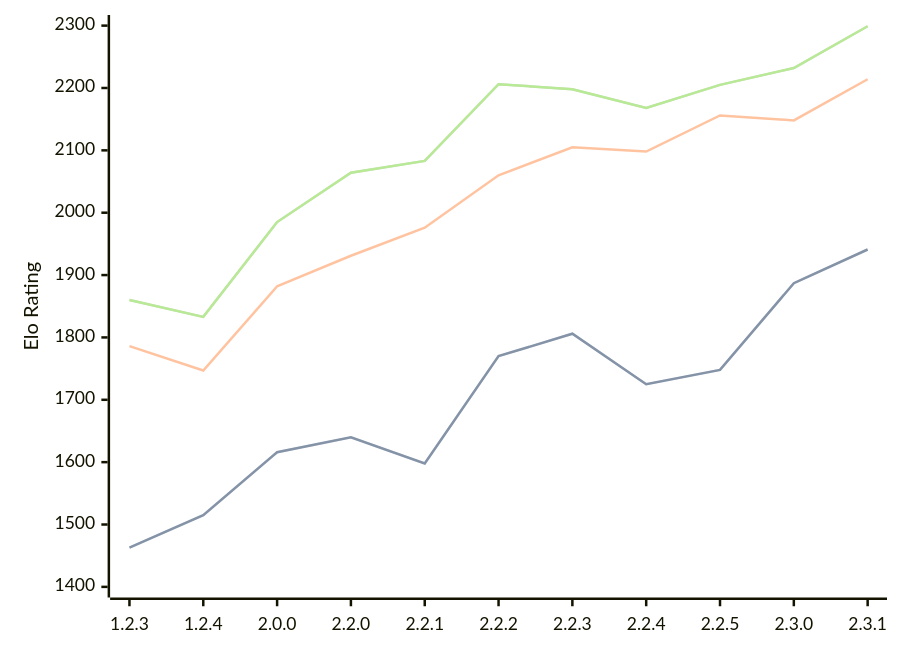
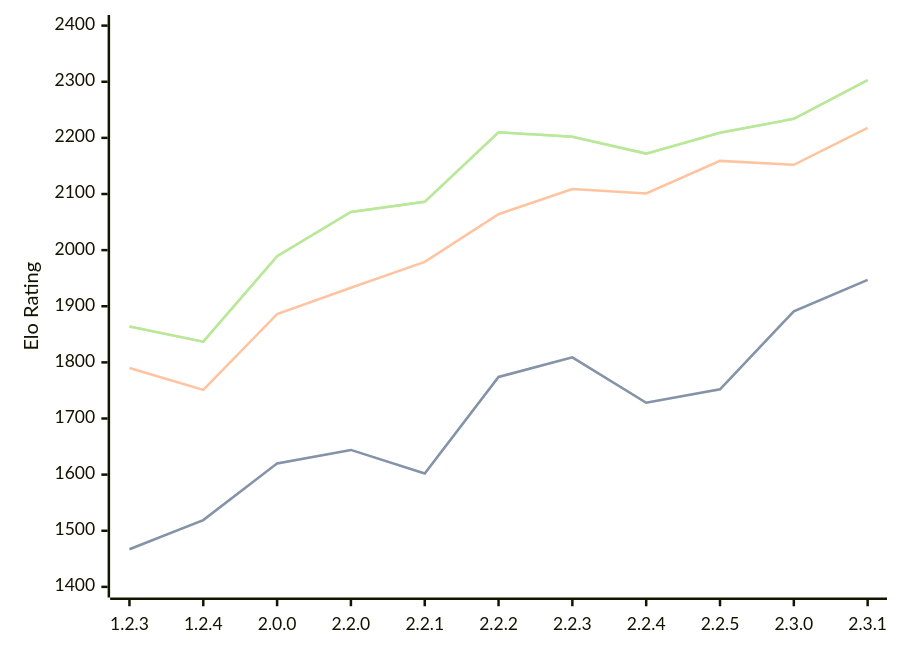
The diagram in engines/Kreveta.md (computer-chess-index/cci), drawn with Mermaid before and after one commit. The commit also changed other lines of this file, not shown here.

Commit message:
Update CCI Ratings (ELO VLTC) - 2026-08-18

````diff
--- a/engines/Kreveta.md
+++ b/engines/Kreveta.md
@@ -43,11 +43,11 @@
 ```mermaid
 %%{init: {"theme":"base","themeVariables":{"seriesColors:['#a3a3a3','#222221','#faa371']}}}%%
 xychart-beta
   x-axis ["1.2.3", "1.2.4", "2.0.0", "2.2.0", "2.2.1", "2.2.2", "2.2.3", "2.2.4", "2.2.5", "2.3.0", "2.3.1"]
-  y-axis "Elo Rating" 1400 --> 2300
-  line "STC (8.0+0.08s)" [1463, 1515, 1616, 1640, 1598, 1770, 1806, 1725, 1748, 1887, 1941]
-  line "STC (8.0+0.08s)" [1463, 1515, 1616, 1640, 1598, 1770, 1806, 1725, 1748, 1887, 1941]
-  line "LTC (60.0+0.60s)" [1786, 1747, 1882, 1931, 1976, 2060, 2105, 2098, 2156, 2148, 2214]
-  line "VLTC (2m24s+1.12s)" [1860, 1833, 1985, 2064, 2083, 2206, 2198, 2168, 2205, 2232, 2299]
-  line "VLTC (2m24s+1.12s)" [1860, 1833, 1985, 2064, 2083, 2206, 2198, 2168, 2205, 2232, 2299]
+  y-axis "Elo Rating" 1400 --> 2400
+  line "STC (8.0+0.08s)" [1467, 1519, 1620, 1644, 1602, 1774, 1809, 1728, 1752, 1891, 1947]
+  line "STC (8.0+0.08s)" [1467, 1519, 1620, 1644, 1602, 1774, 1809, 1728, 1752, 1891, 1947]
+  line "LTC (60.0+0.60s)" [1790, 1751, 1886, 1933, 1979, 2064, 2109, 2101, 2159, 2152, 2218]
+  line "VLTC (2m24s+1.12s)" [1864, 1837, 1989, 2068, 2086, 2210, 2202, 2172, 2209, 2234, 2303]
+  line "VLTC (2m24s+1.12s)" [1864, 1837, 1989, 2068, 2086, 2210, 2202, 2172, 2209, 2234, 2303]
 ```
````
